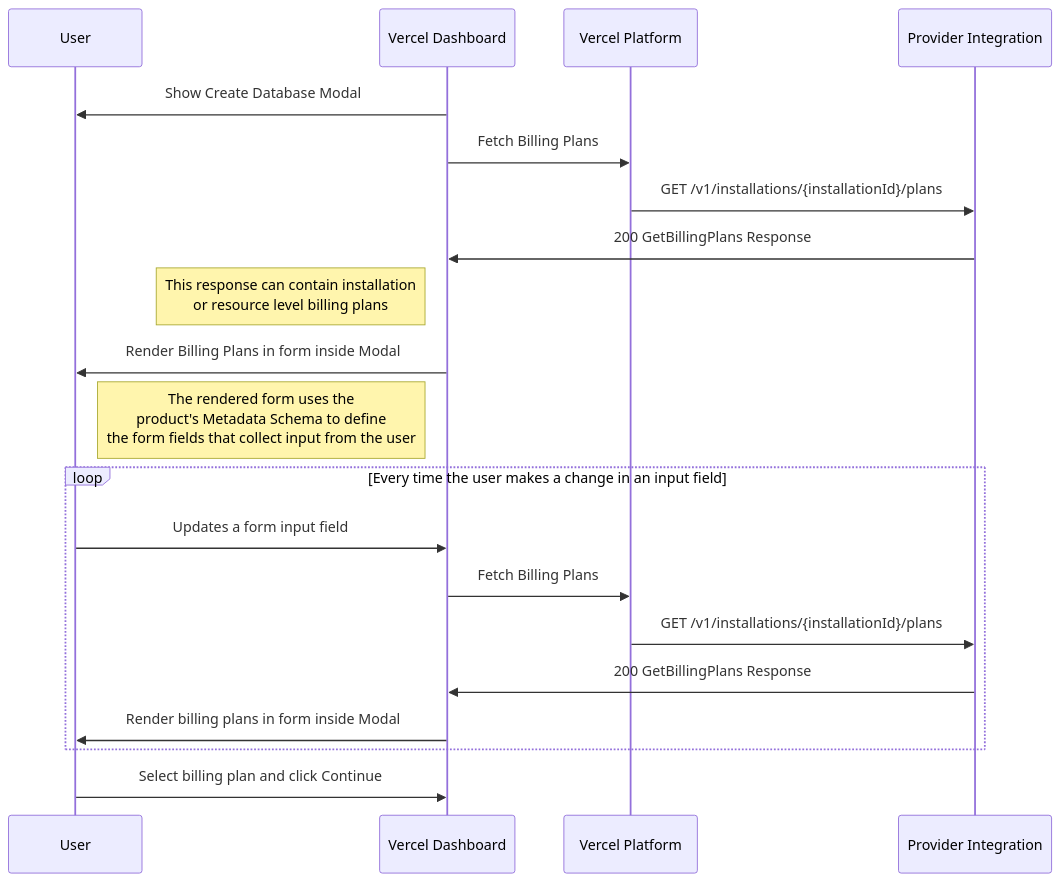
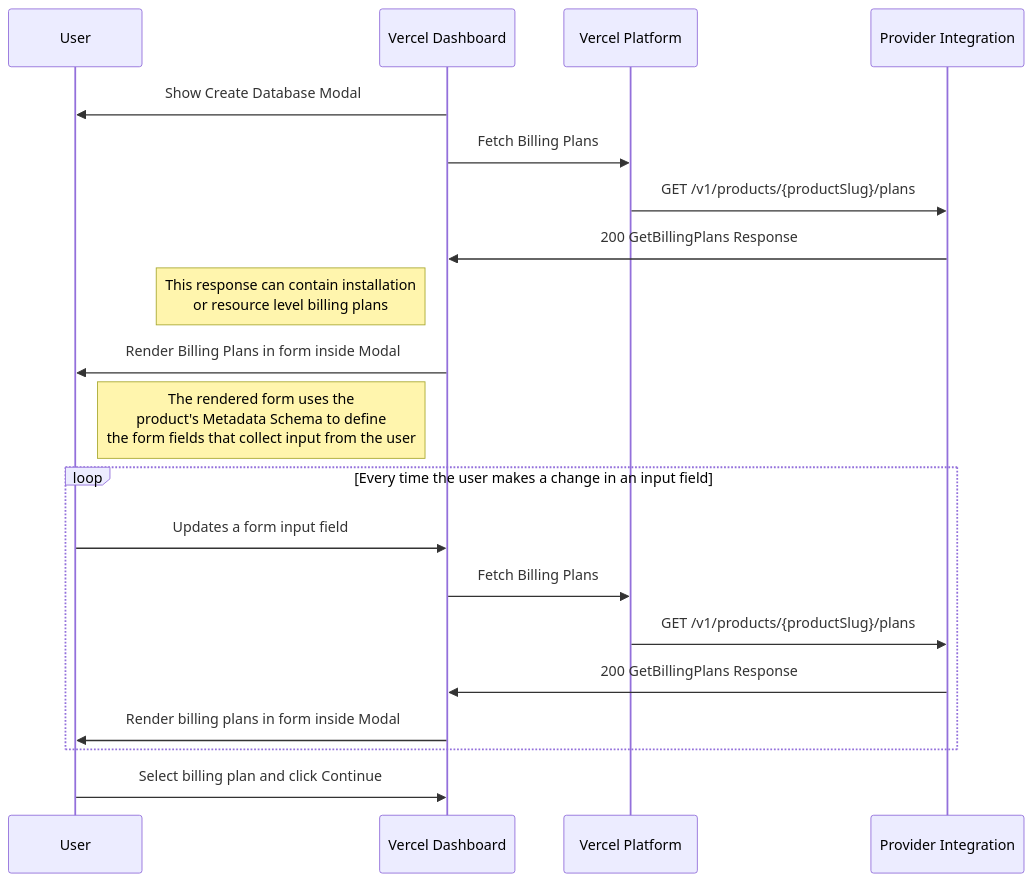
Before and after one commit to joeblackwaslike/agent-skills: the third of 14 diagrams in skills/working-with-vercel/references/docs__integrations__create-integration__marketplace-flows.md, drawn with Mermaid. The commit also changed other lines of this file and 1294 other files, not shown here.

````diff
--- a/skills/working-with-vercel/references/docs__integrations__create-integration__marketplace-flows.md
+++ b/skills/working-with-vercel/references/docs__integrations__create-integration__marketplace-flows.md
@@ -116,22 +116,22 @@
 ```mermaid
 sequenceDiagram
     participant User
     participant Vercel Dashboard
     participant Vercel Platform
     participant Provider Integration
     Vercel Dashboard->>User: Show Create Database Modal
     Vercel Dashboard->>Vercel Platform: Fetch Billing Plans
-    Vercel Platform->>Provider Integration: GET /v1/installations/{installationId}/plans
+    Vercel Platform->>Provider Integration: GET /v1/products/{productSlug}/plans
     Provider Integration->>Vercel Dashboard: 200 GetBillingPlans Response
     Note left of Vercel Dashboard: This response can contain installation <br>or resource level billing plans
     Vercel Dashboard->>User: Render Billing Plans in form inside Modal
     Note left of Vercel Dashboard: The rendered form uses the <br>product's Metadata Schema to define <br>the form fields that collect input from the user
     loop Every time the user makes a change in an input field
         User->>Vercel Dashboard: Updates a form input field
         Vercel Dashboard->>Vercel Platform: Fetch Billing Plans
-        Vercel Platform->>Provider Integration: GET /v1/installations/{installationId}/plans
+        Vercel Platform->>Provider Integration: GET /v1/products/{productSlug}/plans
         Provider Integration->>Vercel Dashboard: 200 GetBillingPlans Response
         Vercel Dashboard->>User: Render billing plans in form inside Modal
     end
     User->>Vercel Dashboard: Select billing plan and click Continue
 ```
````
